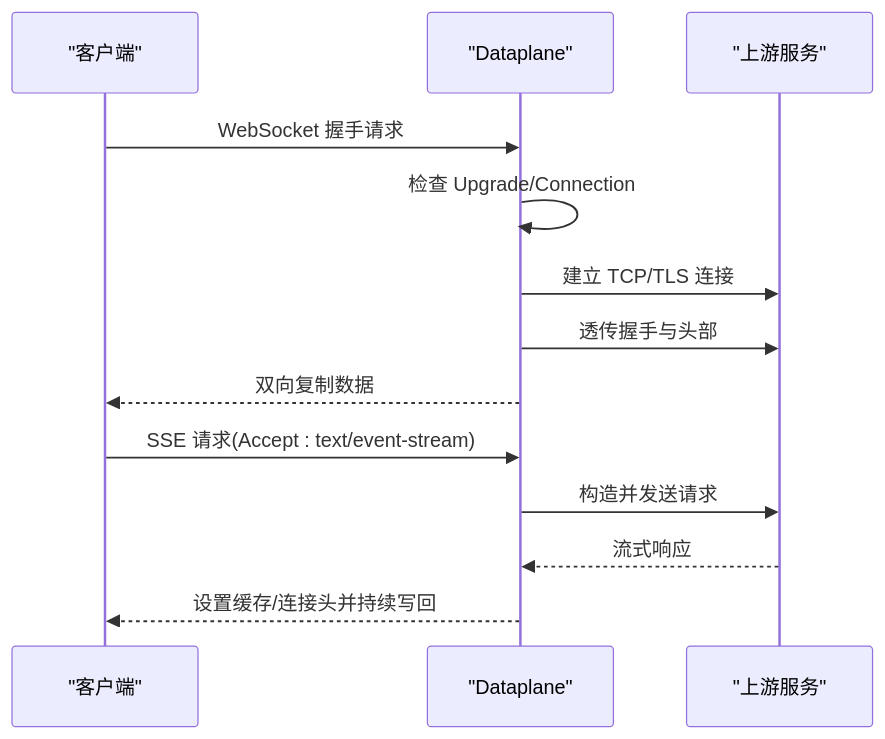
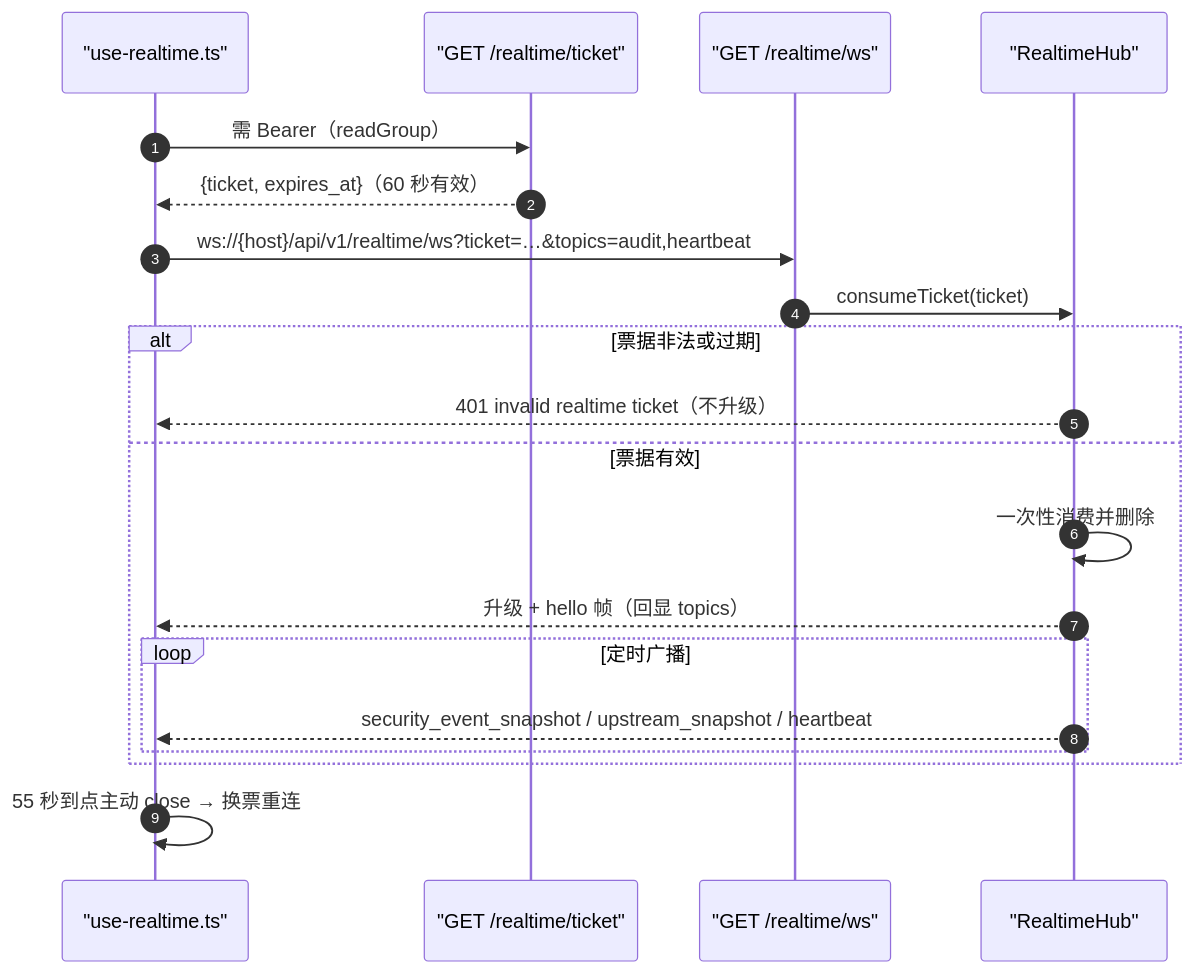
The fourth of 6 diagrams in docs/前端管理界面/API 集成.md (x01n/My-OpenWaf), drawn with Mermaid before and after one commit. The commit also changed other lines of this file and 622 other files, not shown here.

````diff
--- a/docs/前端管理界面/API 集成.md
+++ b/docs/前端管理界面/API 集成.md
@@ -294,15 +451,22 @@
 ```mermaid
 sequenceDiagram
-participant Client as "客户端"
-participant DP as "Dataplane"
-participant Up as "上游服务"
-Client->>DP : WebSocket 握手请求
-DP->>DP : 检查 Upgrade/Connection
-DP->>Up : 建立 TCP/TLS 连接
-DP->>Up : 透传握手与头部
-DP-->>Client : 双向复制数据
-Client->>DP : SSE 请求(Accept : text/event-stream)
-DP->>Up : 构造并发送请求
-Up-->>DP : 流式响应
-DP-->>Client : 设置缓存/连接头并持续写回
+autonumber
+participant H as "use-realtime.ts"
+participant T as "GET /realtime/ticket"
+participant W as "GET /realtime/ws"
+participant Hub as "RealtimeHub"
+H->>T : 需 Bearer（readGroup）
+T-->>H : {ticket, expires_at}（60 秒有效）
+H->>W : ws://{host}/api/v1/realtime/ws?ticket=…&topics=audit,heartbeat
+W->>Hub : consumeTicket(ticket)
+alt 票据非法或过期
+Hub-->>H : 401 invalid realtime ticket（不升级）
+else 票据有效
+Hub->>Hub : 一次性消费并删除
+Hub-->>H : 升级 + hello 帧（回显 topics）
+loop 定时广播
+Hub-->>H : security_event_snapshot / upstream_snapshot / heartbeat
+end
+end
+H->>H : 55 秒到点主动 close → 换票重连
 ```
````
